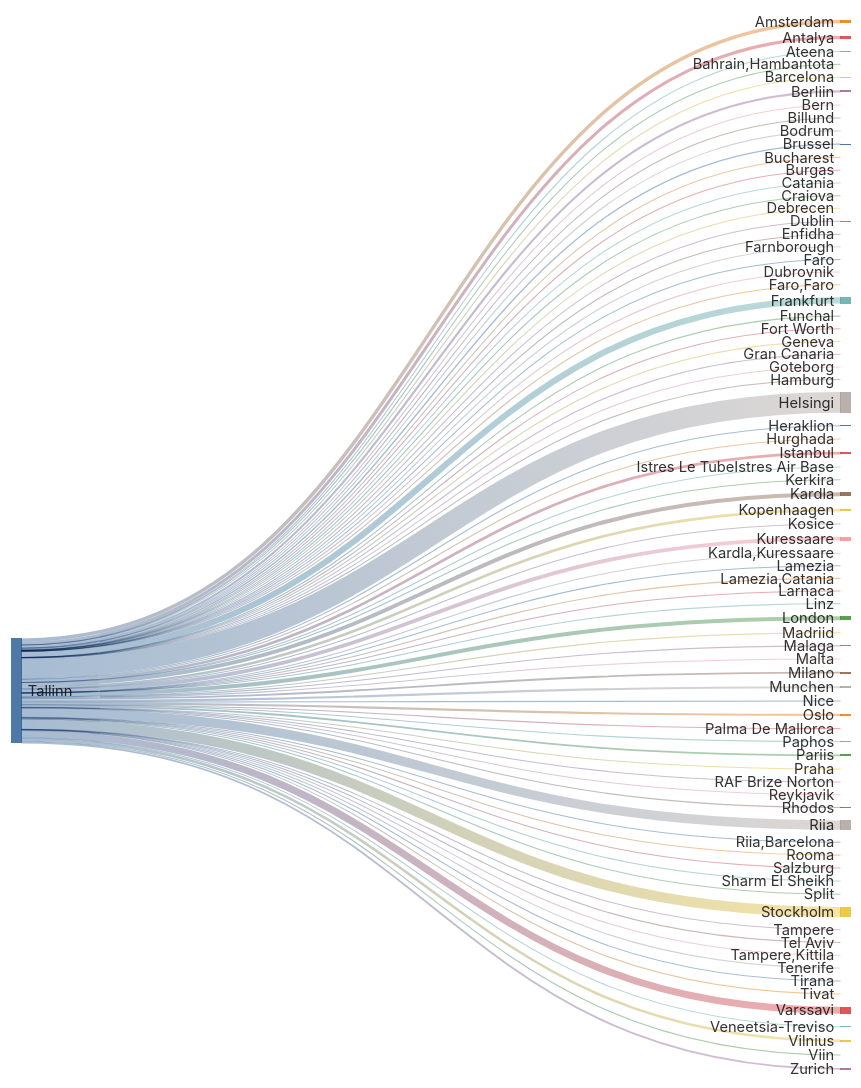
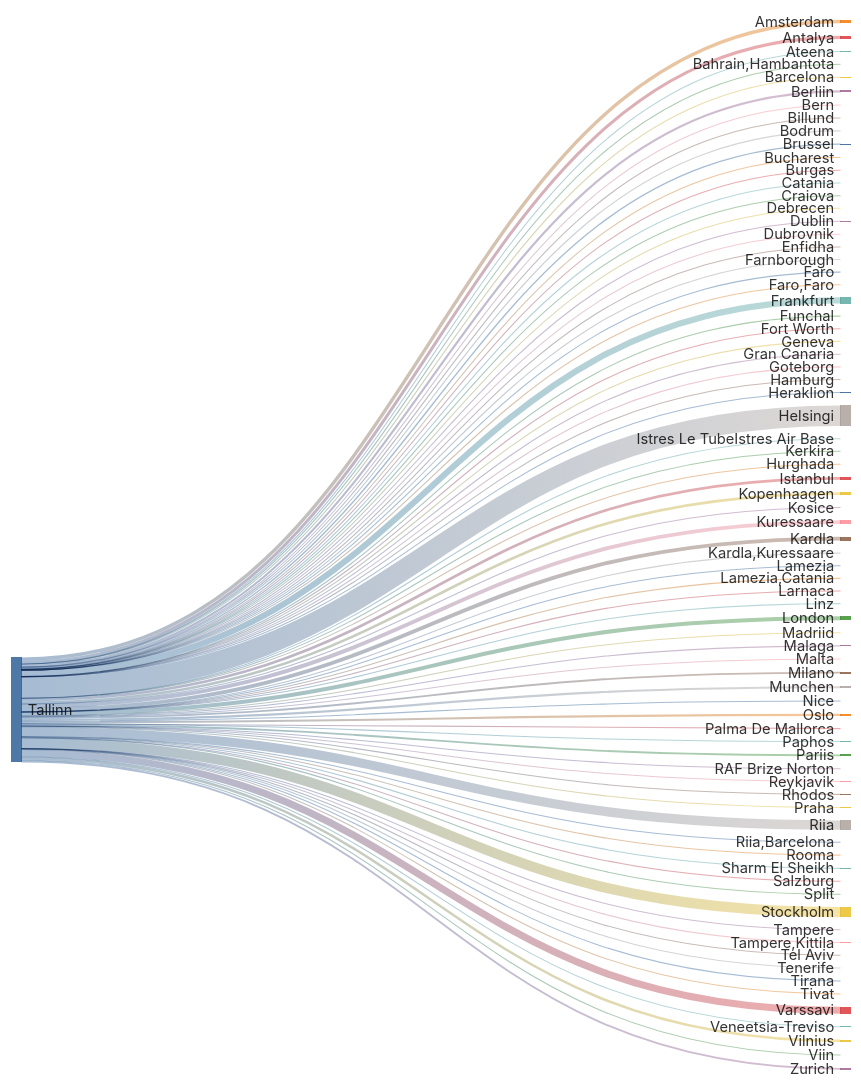
The second of 2 diagrams in README.md (rainermesi/tll-airport-departures), drawn with Mermaid before and after one commit. The commit also changed other lines of this file and 1 other file, not shown here.

````diff
--- a/README.md
+++ b/README.md
@@ -41,82 +41,82 @@
 ---
 sankey-beta
 %% source,target,value
-Tallinn,Amsterdam,495
+Tallinn,Amsterdam,497
 Tallinn,Antalya,445
 Tallinn,Ateena,16
 Tallinn,"Bahrain,Hambantota",1
 Tallinn,Barcelona,139
-Tallinn,Berliin,312
+Tallinn,Berliin,314
 Tallinn,Bern,1
 Tallinn,Billund,79
 Tallinn,Bodrum,11
-Tallinn,Brussel,191
+Tallinn,Brussel,192
 Tallinn,Bucharest,1
 Tallinn,Burgas,62
 Tallinn,Catania,2
 Tallinn,Craiova,1
 Tallinn,Debrecen,1
-Tallinn,Dublin,96
+Tallinn,Dublin,97
 Tallinn,Dubrovnik,21
 Tallinn,Enfidha,7
 Tallinn,Farnborough,1
 Tallinn,Faro,4
 Tallinn,"Faro,Faro",1
 Tallinn,Fort Worth,1
-Tallinn,Frankfurt,897
+Tallinn,Frankfurt,900
 Tallinn,Funchal,5
 Tallinn,Geneva,13
 Tallinn,Gran Canaria,38
 Tallinn,Goteborg,2
 Tallinn,Hamburg,2
-Tallinn,Helsingi,3019
-Tallinn,Heraklion,103
+Tallinn,Helsingi,3028
+Tallinn,Heraklion,104
 Tallinn,Hurghada,75
-Tallinn,Istanbul,392
+Tallinn,Istanbul,393
 Tallinn,Istres Le TubeIstres Air Base,2
 Tallinn,Kerkira,4
-Tallinn,Kopenhaagen,381
+Tallinn,Kopenhaagen,384
 Tallinn,Kosice,1
-Tallinn,Kuressaare,571
-Tallinn,Kardla,573
+Tallinn,Kuressaare,572
+Tallinn,Kardla,574
 Tallinn,"Kardla,Kuressaare",1
 Tallinn,Lamezia,1
 Tallinn,"Lamezia,Catania",3
 Tallinn,Larnaca,4
 Tallinn,Linz,2
-Tallinn,London,587
+Tallinn,London,589
 Tallinn,Madriid,4
 Tallinn,Malaga,122
 Tallinn,Malta,30
-Tallinn,Milano,273
-Tallinn,Munchen,308
-Tallinn,Nice,53
-Tallinn,Oslo,304
+Tallinn,Milano,274
+Tallinn,Munchen,310
+Tallinn,Nice,54
+Tallinn,Oslo,306
 Tallinn,Palma De Mallorca,34
 Tallinn,Paphos,66
-Tallinn,Pariis,263
-Tallinn,Praha,88
+Tallinn,Pariis,264
+Tallinn,Praha,89
 Tallinn,RAF Brize Norton,1
 Tallinn,Reykjavik,20
 Tallinn,Rhodos,61
-Tallinn,Riia,1356
+Tallinn,Riia,1360
 Tallinn,"Riia,Barcelona",1
 Tallinn,Rooma,80
 Tallinn,Salzburg,14
 Tallinn,Sharm El Sheikh,103
-Tallinn,Split,54
-Tallinn,Stockholm,1489
+Tallinn,Split,55
+Tallinn,Stockholm,1495
 Tallinn,Tampere,17
 Tallinn,"Tampere,Kittila",21
 Tallinn,Tel Aviv,2
 Tallinn,Tenerife,58
 Tallinn,Tirana,35
-Tallinn,Tivat,68
-Tallinn,Varssavi,1040
+Tallinn,Tivat,69
+Tallinn,Varssavi,1044
 Tallinn,Veneetsia-Treviso,67
 Tallinn,Viin,106
-Tallinn,Vilnius,376
-Tallinn,Zurich,269
+Tallinn,Vilnius,377
+Tallinn,Zurich,270
 
 
 ```
````
